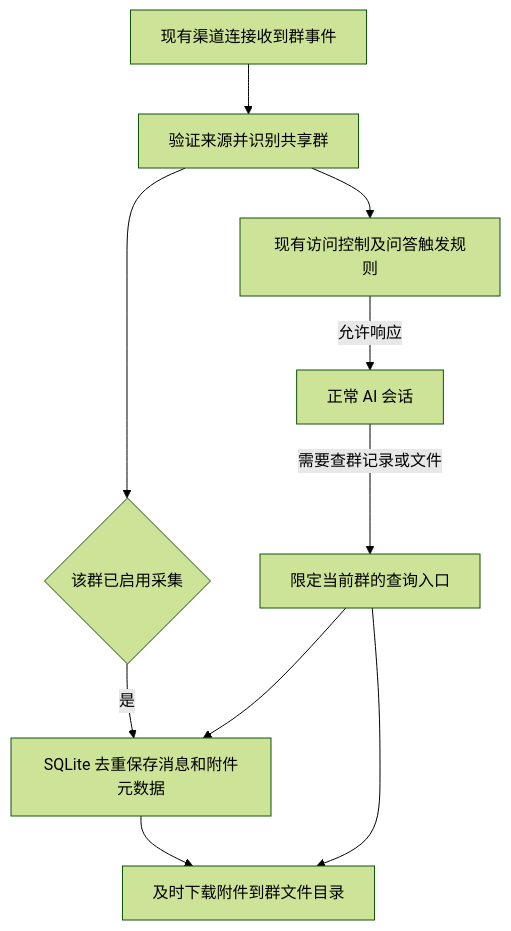
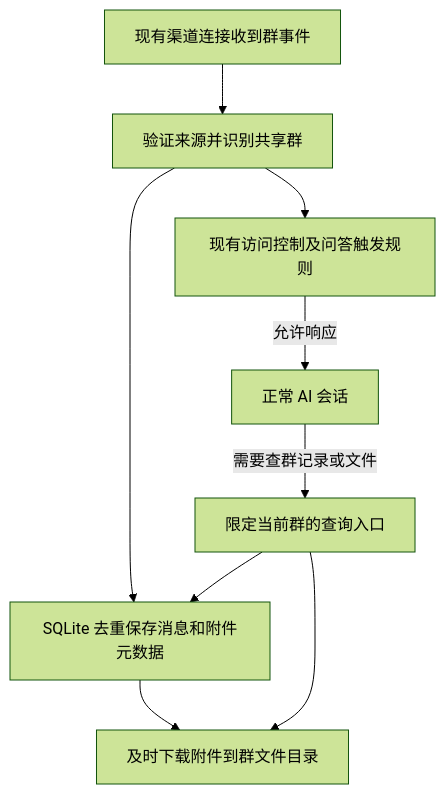
Before and after one commit to DDDDDDuck/dsh-im: the diagram in docs/方案/Issue-295-六渠道群消息与群文件共享存储方案.md, drawn with Mermaid (forest theme). The commit also changed other lines of this file and 24 other files, not shown here.

````diff
--- a/docs/方案/Issue-295-六渠道群消息与群文件共享存储方案.md
+++ b/docs/方案/Issue-295-六渠道群消息与群文件共享存储方案.md
@@ -198,12 +199,11 @@
 ```mermaid
 flowchart TD
     A[现有渠道连接收到群事件] --> B[验证来源并识别共享群]
-    B --> C{该群已启用采集}
-    C -->|是| D[SQLite 去重保存消息和附件元数据]
+    B --> D[SQLite 去重保存消息和附件元数据]
     D --> E[及时下载附件到群文件目录]
     B --> F[现有访问控制及问答触发规则]
     F -->|允许响应| G[正常 AI 会话]
     G -->|需要查群记录或文件| H[限定当前群的查询入口]
     H --> D
     H --> E
 ```
````
